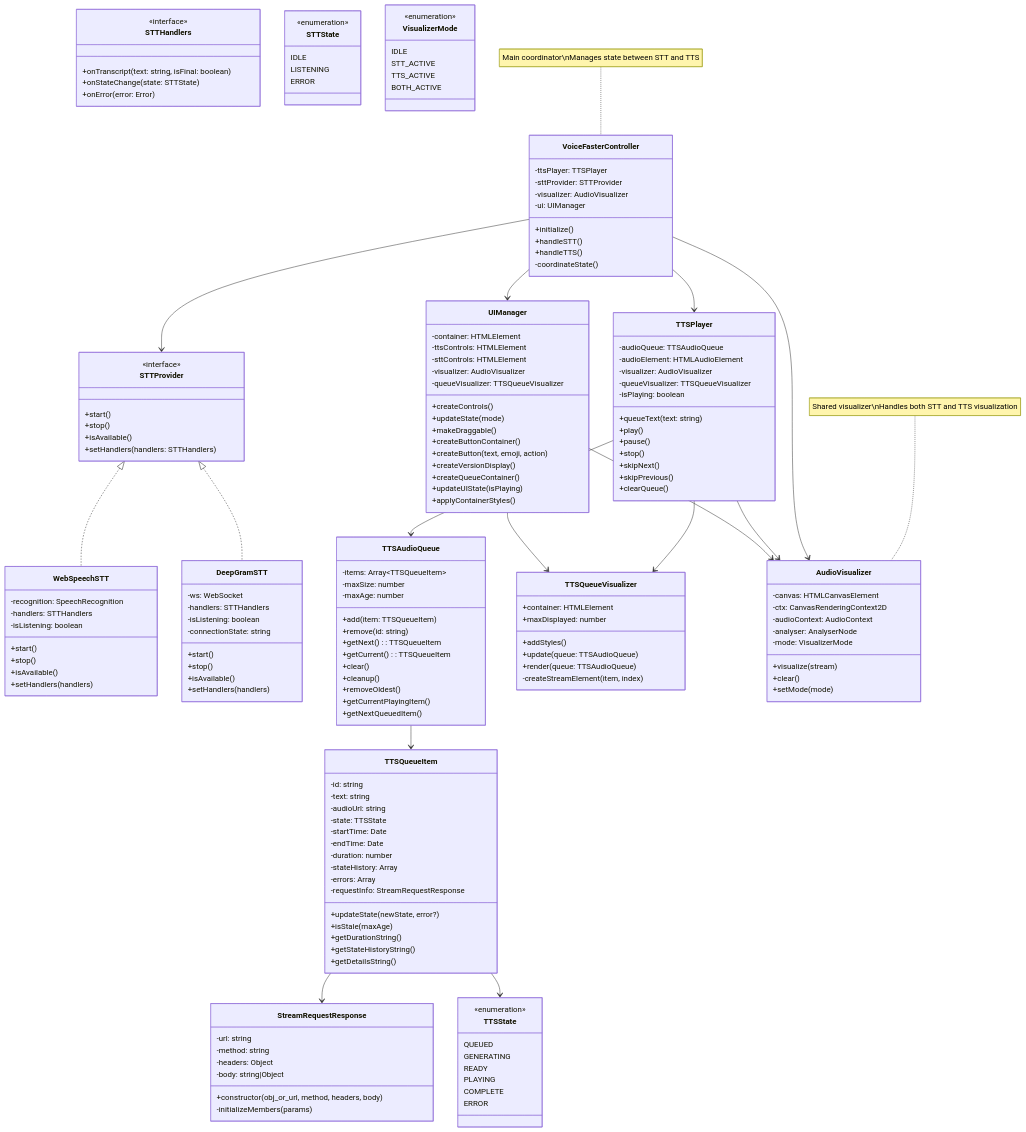
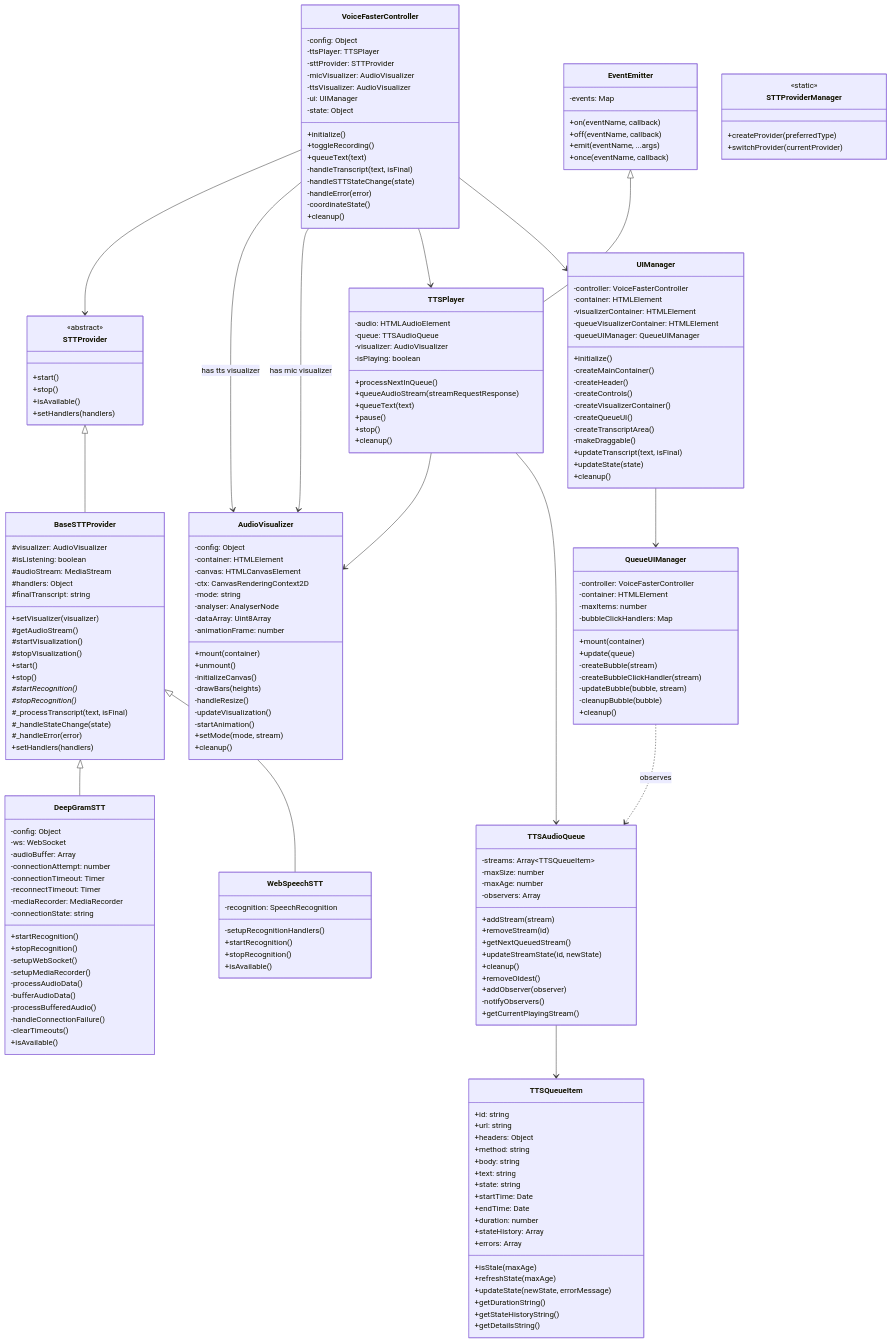
Before and after one commit to gruffdavies/typingmind-voicefaster-extension: the diagram in experimental/v2.3/docs/v2.3-class-diagram-2.3.2.md, drawn with Mermaid. The commit also changed other lines of this file and 2 other files, not shown here.

Commit message:
WIP: broken refactor, restarting transcript doesn't work

````diff
--- a/experimental/v2.3/docs/v2.3-class-diagram-2.3.2.md
+++ b/experimental/v2.3/docs/v2.3-class-diagram-2.3.2.md
@@ -3,195 +1,219 @@
 ```mermaid
 classDiagram
+    %% Core Event System
+    class EventEmitter {
+        -events: Map
+        +on(eventName, callback)
+        +off(eventName, callback)
+        +emit(eventName, ...args)
+        +once(eventName, callback)
+    }
+
     %% Core Controller
     class VoiceFasterController {
+        -config: Object
         -ttsPlayer: TTSPlayer
         -sttProvider: STTProvider
-        -visualizer: AudioVisualizer
+        -micVisualizer: AudioVisualizer
+        -ttsVisualizer: AudioVisualizer
         -ui: UIManager
+        -state: Object
         +initialize()
-        +handleSTT()
-        +handleTTS()
+        +toggleRecording()
+        +queueText(text)
+        -handleTranscript(text, isFinal)
+        -handleSTTStateChange(state)
+        -handleError(error)
         -coordinateState()
+        +cleanup()
     }
 
-    %% STT (Speech-to-Text) Classes
-    class STTProvider {
-        <<interface>>
-        +start()
-        +stop()
-        +isAvailable()
-        +setHandlers(handlers: STTHandlers)
+    %% Provider Manager
+    class STTProviderManager {
+        <<static>>
+        +createProvider(preferredType)
+        +switchProvider(currentProvider)
     }
 
-    class STTHandlers {
-        <<interface>>
-        +onTranscript(text: string, isFinal: boolean)
-        +onStateChange(state: STTState)
-        +onError(error: Error)
-    }
-
-    class WebSpeechSTT {
-        -recognition: SpeechRecognition
-        -handlers: STTHandlers
-        -isListening: boolean
+    %% STT Classes
+    class STTProvider {
+        <<abstract>>
         +start()
         +stop()
         +isAvailable()
         +setHandlers(handlers)
     }
 
-    class DeepGramSTT {
-        -ws: WebSocket
-        -handlers: STTHandlers
-        -isListening: boolean
-        -connectionState: string
+    class BaseSTTProvider {
+        #visualizer: AudioVisualizer
+        #isListening: boolean
+        #audioStream: MediaStream
+        #handlers: Object
+        #finalTranscript: string
+        +setVisualizer(visualizer)
+        #getAudioStream()
+        #startVisualization()
+        #stopVisualization()
         +start()
         +stop()
-        +isAvailable()
+        #startRecognition()*
+        #stopRecognition()*
+        #_processTranscript(text, isFinal)
+        #_handleStateChange(state)
+        #_handleError(error)
         +setHandlers(handlers)
     }
 
-    %% TTS (Text-to-Speech) Classes
-    class StreamRequestResponse {
-        -url: string
-        -method: string
-        -headers: Object
-        -body: string|Object
-        +constructor(obj_or_url, method, headers, body)
-        -initializeMembers(params)
+    class WebSpeechSTT {
+        -recognition: SpeechRecognition
+        -setupRecognitionHandlers()
+        +startRecognition()
+        +stopRecognition()
+        +isAvailable()
     }
 
+    class DeepGramSTT {
+        -config: Object
+        -ws: WebSocket
+        -audioBuffer: Array
+        -connectionAttempt: number
+        -connectionTimeout: Timer
+        -reconnectTimeout: Timer
+        -mediaRecorder: MediaRecorder
+        -connectionState: string
+        +startRecognition()
+        +stopRecognition()
+        -setupWebSocket()
+        -setupMediaRecorder()
+        -processAudioData()
+        -bufferAudioData()
+        -processBufferedAudio()
+        -handleConnectionFailure()
+        -clearTimeouts()
+        +isAvailable()
+    }
+
+    %% Audio Visualization
+    class AudioVisualizer {
+        -config: Object
+        -container: HTMLElement
+        -canvas: HTMLCanvasElement
+        -ctx: CanvasRenderingContext2D
+        -mode: string
+        -analyser: AnalyserNode
+        -dataArray: Uint8Array
+        -animationFrame: number
+        +mount(container)
+        +unmount()
+        -initializeCanvas()
+        -drawBars(heights)
+        -handleResize()
+        -updateVisualization()
+        -startAnimation()
+        +setMode(mode, stream)
+        +cleanup()
+    }
+
+    %% UI Components
+    class UIManager {
+        -controller: VoiceFasterController
+        -container: HTMLElement
+        -visualizerContainer: HTMLElement
+        -queueVisualizerContainer: HTMLElement
+        -queueUIManager: QueueUIManager
+        +initialize()
+        -createMainContainer()
+        -createHeader()
+        -createControls()
+        -createVisualizerContainer()
+        -createQueueUI()
+        -createTranscriptArea()
+        -makeDraggable()
+        +updateTranscript(text, isFinal)
+        +updateState(state)
+        +cleanup()
+    }
+
+    class QueueUIManager {
+        -controller: VoiceFasterController
+        -container: HTMLElement
+        -maxItems: number
+        -bubbleClickHandlers: Map
+        +mount(container)
+        +update(queue)
+        -createBubble(stream)
+        -createBubbleClickHandler(stream)
+        -updateBubble(bubble, stream)
+        -cleanupBubble(bubble)
+        +cleanup()
+    }
+
+    %% TTS Components
     class TTSPlayer {
-        -audioQueue: TTSAudioQueue
-        -audioElement: HTMLAudioElement
+        -audio: HTMLAudioElement
+        -queue: TTSAudioQueue
         -visualizer: AudioVisualizer
-        -queueVisualizer: TTSQueueVisualizer
         -isPlaying: boolean
-        +queueText(text: string)
-        +play()
+        +processNextInQueue()
+        +queueAudioStream(streamRequestResponse)
+        +queueText(text)
         +pause()
         +stop()
-        +skipNext()
-        +skipPrevious()
-        +clearQueue()
+        +cleanup()
     }
 
     class TTSAudioQueue {
-        -items: Array~TTSQueueItem~
+        -streams: Array~TTSQueueItem~
         -maxSize: number
         -maxAge: number
-        +add(item: TTSQueueItem)
-        +remove(id: string)
-        +getNext(): TTSQueueItem
-        +getCurrent(): TTSQueueItem
-        +clear()
+        -observers: Array
+        +addStream(stream)
+        +removeStream(id)
+        +getNextQueuedStream()
+        +updateStreamState(id, newState)
         +cleanup()
         +removeOldest()
-        +getCurrentPlayingItem()
-        +getNextQueuedItem()
+        +addObserver(observer)
+        -notifyObservers()
+        +getCurrentPlayingStream()
     }
 
     class TTSQueueItem {
-        -id: string
-        -text: string
-        -audioUrl: string
-        -state: TTSState
-        -startTime: Date
-        -endTime: Date
-        -duration: number
-        -stateHistory: Array
-        -errors: Array
-        -requestInfo: StreamRequestResponse
-        +updateState(newState, error?)
+        +id: string
+        +url: string
+        +headers: Object
+        +method: string
+        +body: string
+        +text: string
+        +state: string
+        +startTime: Date
+        +endTime: Date
+        +duration: number
+        +stateHistory: Array
+        +errors: Array
         +isStale(maxAge)
+        +refreshState(maxAge)
+        +updateState(newState, errorMessage)
         +getDurationString()
         +getStateHistoryString()
         +getDetailsString()
     }
 
-    class TTSQueueVisualizer {
-        +container: HTMLElement
-        +maxDisplayed: number
-        +addStyles()
-        +update(queue: TTSAudioQueue)
-        +render(queue: TTSAudioQueue)
-        -createStreamElement(item, index)
-    }
+    %% Inheritance Relationships
+    EventEmitter <|-- TTSPlayer
+    STTProvider <|-- BaseSTTProvider
+    BaseSTTProvider <|-- WebSpeechSTT
+    BaseSTTProvider <|-- DeepGramSTT
 
-    %% Shared Components
-    class AudioVisualizer {
-        -canvas: HTMLCanvasElement
-        -ctx: CanvasRenderingContext2D
-        -audioContext: AudioContext
-        -analyser: AnalyserNode
-        -mode: VisualizerMode
-        +visualize(stream)
-        +clear()
-        +setMode(mode)
-    }
-
-    class UIManager {
-        -container: HTMLElement
-        -ttsControls: HTMLElement
-        -sttControls: HTMLElement
-        -visualizer: AudioVisualizer
-        -queueVisualizer: TTSQueueVisualizer
-        +createControls()
-        +updateState(mode)
-        +makeDraggable()
-        +createButtonContainer()
-        +createButton(text, emoji, action)
-        +createVersionDisplay()
-        +createQueueContainer()
-        +updateUIState(isPlaying)
-        +applyContainerStyles()
-    }
-
-    %% Enums
-    class STTState {
-        <<enumeration>>
-        IDLE
-        LISTENING
-        ERROR
-    }
-
-    class TTSState {
-        <<enumeration>>
-        QUEUED
-        GENERATING
-        READY
-        PLAYING
-        COMPLETE
-        ERROR
-    }
-
-    class VisualizerMode {
-        <<enumeration>>
-        IDLE
-        STT_ACTIVE
-        TTS_ACTIVE
-        BOTH_ACTIVE
-    }
-
-    %% Relationships
+    %% Composition/Association Relationships
     VoiceFasterController --> UIManager
     VoiceFasterController --> TTSPlayer
+    VoiceFasterController --> AudioVisualizer : has mic visualizer
+    VoiceFasterController --> AudioVisualizer : has tts visualizer
     VoiceFasterController --> STTProvider
-    VoiceFasterController --> AudioVisualizer
-
-    STTProvider <|.. WebSpeechSTT
-    STTProvider <|.. DeepGramSTT
-
+    UIManager --> QueueUIManager
     TTSPlayer --> TTSAudioQueue
     TTSPlayer --> AudioVisualizer
-    TTSPlayer --> TTSQueueVisualizer
     TTSAudioQueue --> TTSQueueItem
-    TTSQueueItem --> StreamRequestResponse
-    TTSQueueItem --> TTSState
-
-    UIManager --> TTSQueueVisualizer
-    UIManager --> AudioVisualizer
-
-    note for VoiceFasterController "Main coordinator\nManages state between STT and TTS"
-    note for AudioVisualizer "Shared visualizer\nHandles both STT and TTS visualization"
+    QueueUIManager ..> TTSAudioQueue : observes
 ```
````
